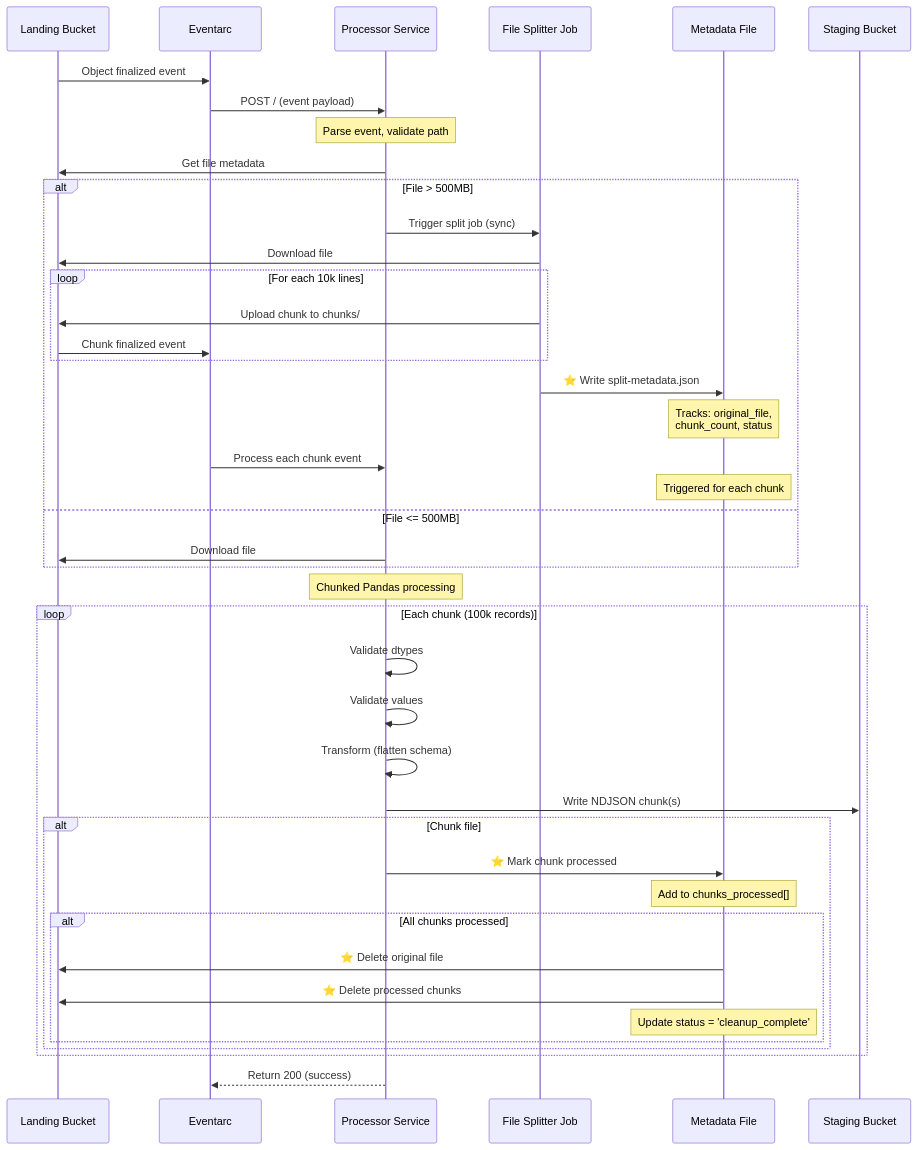
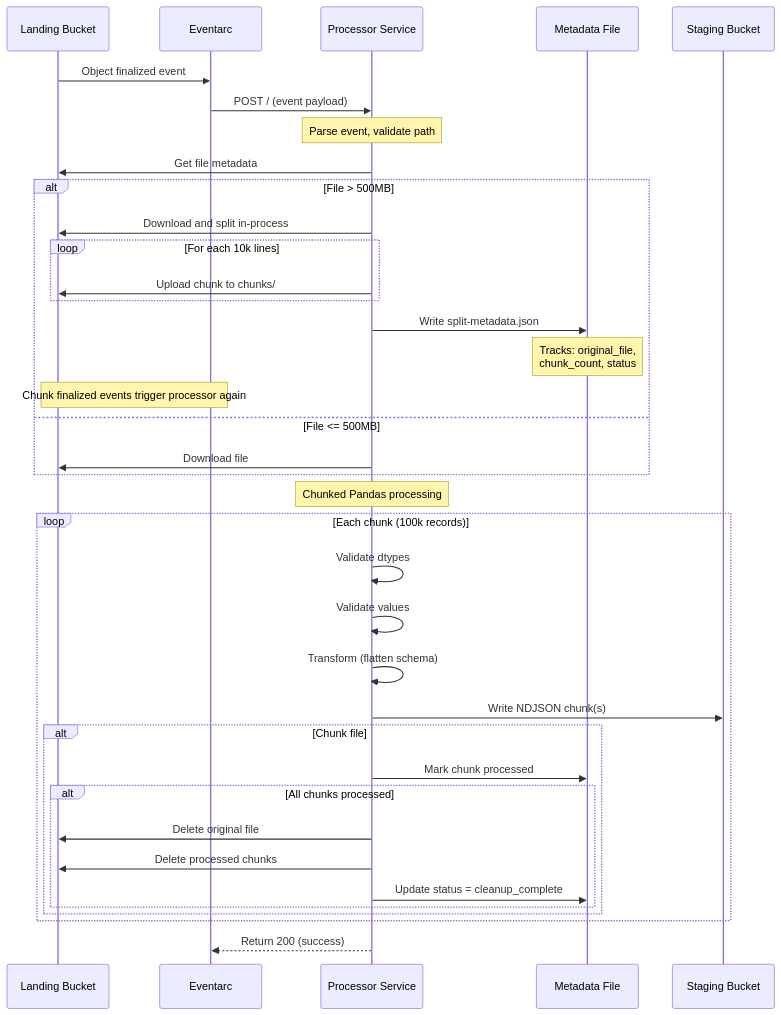
The third of 5 diagrams in design/github_archive/phase2_process_files/Phase_2_Design_Updated.md (prateekpanjla-outlook/gcp_data_proc), drawn with Mermaid before and after one commit. The commit also changed other lines of this file and 26 other files, not shown here.

````diff
--- a/design/github_archive/phase2_process_files/Phase_2_Design_Updated.md
+++ b/design/github_archive/phase2_process_files/Phase_2_Design_Updated.md
@@ -133,55 +128,45 @@
 ```mermaid
 sequenceDiagram
     participant GCS as Landing Bucket
     participant ET as Eventarc
     participant P as Processor Service
-    participant FS as File Splitter Job
     participant MD as Metadata File
     participant SB as Staging Bucket
 
     GCS->>ET: Object finalized event
     ET->>P: POST / (event payload)
 
     Note over P: Parse event, validate path
     P->>GCS: Get file metadata
 
     alt File > 500MB
-        P->>FS: Trigger split job (sync)
-        FS->>GCS: Download file
-
+        P->>GCS: Download and split in-process
         loop For each 10k lines
-            FS->>GCS: Upload chunk to chunks/
-            GCS->>ET: Chunk finalized event
+            P->>GCS: Upload chunk to chunks/
         end
-
-        FS->>MD: ⭐ Write split-metadata.json
-        Note over MD: Tracks: original_file,<br/>chunk_count, status
-
-        ET->>P: Process each chunk event
-        Note over MD: Triggered for each chunk
-
+        P->>MD: Write split-metadata.json
+        Note over MD: Tracks: original_file,<br>chunk_count, status
+        Note over GCS,ET: Chunk finalized events trigger processor again
     else File <= 500MB
         P->>GCS: Download file
     end
 
     Note over P: Chunked Pandas processing
     loop Each chunk (100k records)
         P->>P: Validate dtypes
         P->>P: Validate values
         P->>P: Transform (flatten schema)
         P->>SB: Write NDJSON chunk(s)
 
         alt Chunk file
-            P->>MD: ⭐ Mark chunk processed
-            Note over MD: Add to chunks_processed[]
-
+            P->>MD: Mark chunk processed
             alt All chunks processed
-                MD->>GCS: ⭐ Delete original file
-                MD->>GCS: ⭐ Delete processed chunks
-                Note over MD: Update status = 'cleanup_complete'
+                P->>GCS: Delete original file
+                P->>GCS: Delete processed chunks
+                P->>MD: Update status = cleanup_complete
             end
         end
     end
 
     P-->>ET: Return 200 (success)
 ```
````
